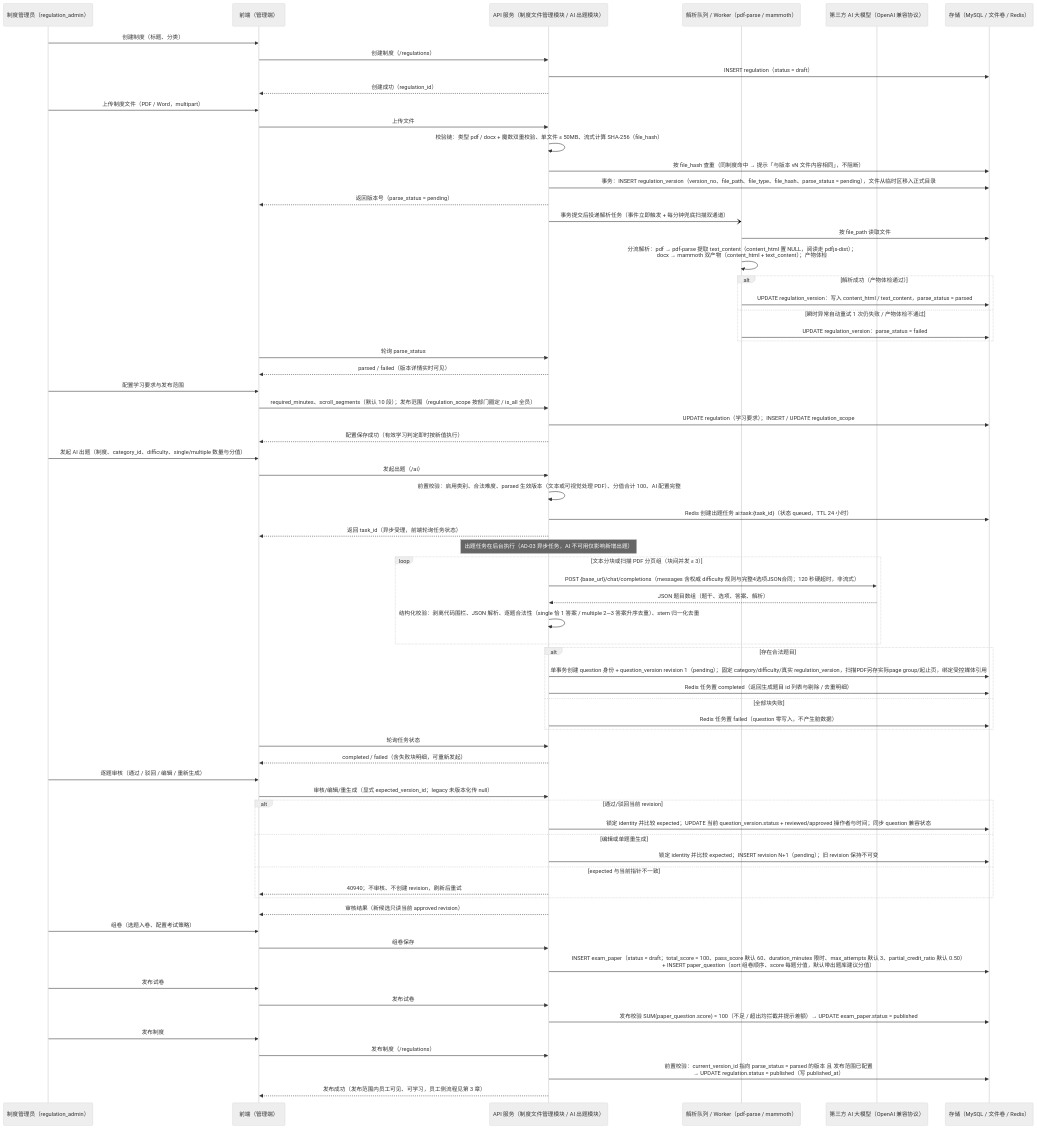
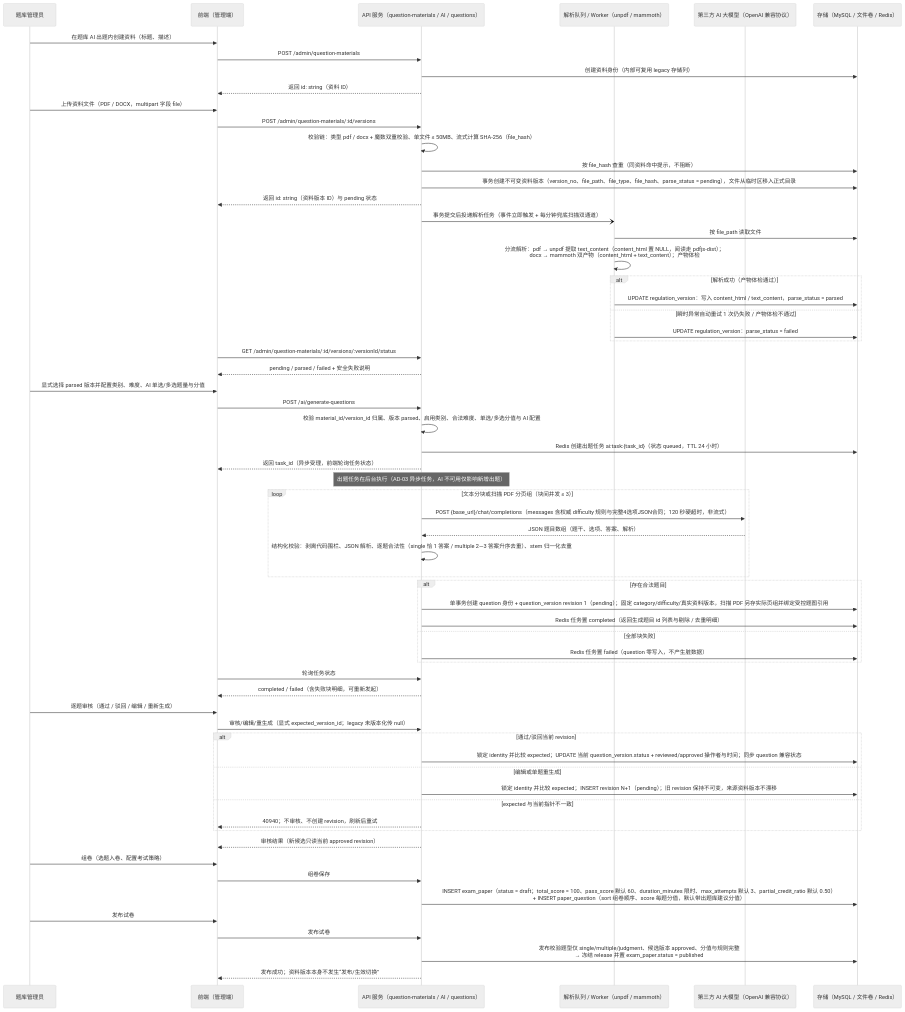
Before and after one commit to caoguanjie/emodor-exam: the fifth of 23 diagrams in docs/design/06-关键流程.md, drawn with Mermaid (neutral theme). The commit also changed other lines of this file and 181 other files, not shown here.

````diff
--- a/docs/design/06-关键流程.md
+++ b/docs/design/06-关键流程.md
@@ -247,43 +259,38 @@
 ```mermaid
 sequenceDiagram
-    participant RA as 制度管理员（regulation_admin）
+    participant RA as 题库管理员
     participant FE as 前端（管理端）
-    participant API as API 服务（制度文件管理模块 / AI 出题模块）
-    participant W as 解析队列 / Worker（pdf-parse / mammoth）
+    participant API as API 服务（question-materials / AI / questions）
+    participant W as 解析队列 / Worker（unpdf / mammoth）
     participant AI as 第三方 AI 大模型（OpenAI 兼容协议）
     participant ST as 存储（MySQL / 文件卷 / Redis）
 
-    RA ->> FE: 创建制度（标题、分类）
-    FE ->> API: 创建制度（/regulations）
-    API ->> ST: INSERT regulation（status = draft）
-    API -->> FE: 创建成功（regulation_id）
+    RA ->> FE: 在题库 AI 出题内创建资料（标题、描述）
+    FE ->> API: POST /admin/question-materials
+    API ->> ST: 创建资料身份（内部可复用 legacy 存储列）
+    API -->> FE: 返回 id: string（资料 ID）
 
-    RA ->> FE: 上传制度文件（PDF / Word，multipart）
-    FE ->> API: 上传文件
+    RA ->> FE: 上传资料文件（PDF / DOCX，multipart 字段 file）
+    FE ->> API: POST /admin/question-materials/:id/versions
     API ->> API: 校验链：类型 pdf / docx + 魔数双重校验、单文件 ≤ 50MB、流式计算 SHA-256（file_hash）
-    API ->> ST: 按 file_hash 查重（同制度命中 → 提示「与版本 vN 文件内容相同」，不阻断）
-    API ->> ST: 事务：INSERT regulation_version（version_no、file_path、file_type、file_hash、parse_status = pending），文件从临时区移入正式目录
-    API -->> FE: 返回版本号（parse_status = pending）
+    API ->> ST: 按 file_hash 查重（同资料命中提示，不阻断）
+    API ->> ST: 事务创建不可变资料版本（version_no、file_path、file_type、file_hash、parse_status = pending），文件从临时区移入正式目录
+    API -->> FE: 返回 id: string（资料版本 ID）与 pending 状态
     API -) W: 事务提交后投递解析任务（事件立即触发 + 每分钟兜底扫描双通道）
 
     W ->> ST: 按 file_path 读取文件
-    W ->> W: 分流解析：pdf → pdf-parse 提取 text_content（content_html 置 NULL，阅读走 pdfjs-dist）；<br/>docx → mammoth 双产物（content_html + text_content）；产物体检
+    W ->> W: 分流解析：pdf → unpdf 提取 text_content（content_html 置 NULL，阅读走 pdfjs-dist）；<br/>docx → mammoth 双产物（content_html + text_content）；产物体检
     alt 解析成功（产物体检通过）
         W ->> ST: UPDATE regulation_version：写入 content_html / text_content，parse_status = parsed
     else 瞬时异常自动重试 1 次仍失败 / 产物体检不通过
         W ->> ST: UPDATE regulation_version：parse_status = failed
     end
-    FE ->> API: 轮询 parse_status
-    API -->> FE: parsed / failed（版本详情实时可见）
+    FE ->> API: GET /admin/question-materials/:id/versions/:versionId/status
+    API -->> FE: pending / parsed / failed + 安全失败说明
 
-    RA ->> FE: 配置学习要求与发布范围
-    FE ->> API: required_minutes、scroll_segments（默认 10 段）；发布范围（regulation_scope 按部门圈定 / is_all 全员）
-    API ->> ST: UPDATE regulation（学习要求）；INSERT / UPDATE regulation_scope
-    API -->> FE: 配置保存成功（有效学习判定即时按新值执行）
-
-    RA ->> FE: 发起 AI 出题（制度、category_id、difficulty、single/multiple 数量与分值）
-    FE ->> API: 发起出题（/ai）
-    API ->> API: 前置校验：启用类别、合法难度、parsed 生效版本（文本或可视觉处理 PDF）、分值合计 100、AI 配置完整
+    RA ->> FE: 显式选择 parsed 版本并配置类别、难度、AI 单选/多选题量与分值
+    FE ->> API: POST /ai/generate-questions
+    API ->> API: 校验 material_id/version_id 归属、版本 parsed、启用类别、合法难度、单选/多选分值与 AI 配置
     API ->> ST: Redis 创建出题任务 ai:task:{task_id}（状态 queued，TTL 24 小时）
     API -->> FE: 返回 task_id（异步受理，前端轮询任务状态）
 
@@ -295,7 +302,7 @@
         API ->> API: 结构化校验：剥离代码围栏、JSON 解析、逐题合法性（single 恰 1 答案 / multiple 2—3 答案升序去重）、stem 归一化去重
     end
     alt 存在合法题目
-        API ->> ST: 单事务创建 question 身份 + question_version revision 1（pending）；固定 category/difficulty/真实 regulation_version，扫描PDF另存实际page group/起止页，绑定受控媒体引用
+        API ->> ST: 单事务创建 question 身份 + question_version revision 1（pending）；固定 category/difficulty/真实资料版本，扫描 PDF 另存实际页组并绑定受控题图引用
         API ->> ST: Redis 任务置 completed（返回生成题目 id 列表与剔除 / 去重明细）
     else 全部块失败
         API ->> ST: Redis 任务置 failed（question 零写入，不产生脏数据）
@@ -308,7 +315,7 @@
     alt 通过/驳回当前 revision
         API ->> ST: 锁定 identity 并比较 expected；UPDATE 当前 question_version.status + reviewed/approved 操作者与时间；同步 question 兼容状态
     else 编辑或单题重生成
-        API ->> ST: 锁定 identity 并比较 expected；INSERT revision N+1（pending）；旧 revision 保持不可变
+        API ->> ST: 锁定 identity 并比较 expected；INSERT revision N+1（pending）；旧 revision 保持不可变，来源资料版本不漂移
     else expected 与当前指针不一致
         API -->> FE: 40940；不审核、不创建 revision，刷新后重试
     end
@@ -320,10 +327,6 @@
 
     RA ->> FE: 发布试卷
     FE ->> API: 发布试卷
-    API ->> ST: 发布校验 SUM(paper_question.score) = 100（不足 / 超出均拦截并提示差额）→ UPDATE exam_paper.status = published
-
-    RA ->> FE: 发布制度
-    FE ->> API: 发布制度（/regulations）
-    API ->> ST: 前置校验：current_version_id 指向 parse_status = parsed 的版本 且 发布范围已配置<br/>→ UPDATE regulation.status = published（写 published_at）
-    API -->> FE: 发布成功（发布范围内员工可见、可学习，员工侧流程见第 3 章）
+    API ->> ST: 发布校验题型仅 single/multiple/judgment、候选版本 approved、分值与规则完整<br/>→ 冻结 release 并置 exam_paper.status = published
+    API -->> FE: 发布成功；资料版本本身不发生“发布/生效切换”
 ```
````
